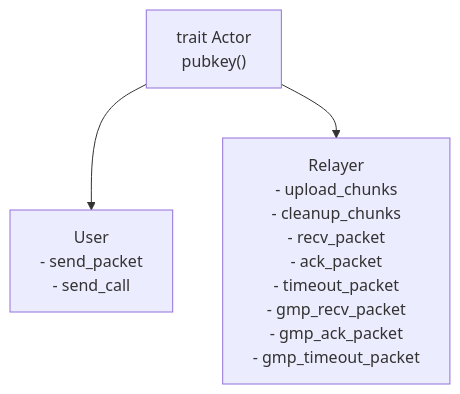
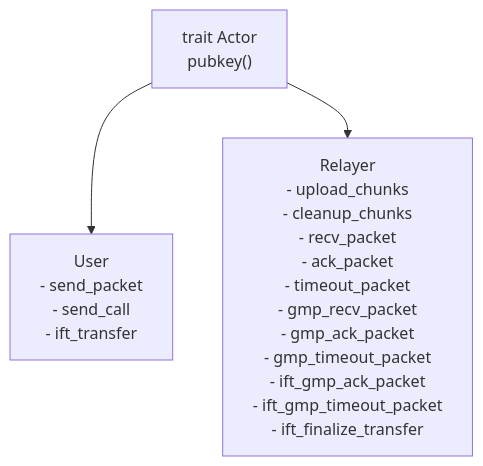
One commit to cosmos/solidity-ibc-eureka changed the third of 8 diagrams in programs/solana/integration-tests/README.md. Above: the diagram before and after it, drawn with Mermaid. The commit also changed other lines of this file and 15 other files, not shown here.

````diff
--- a/programs/solana/integration-tests/README.md
+++ b/programs/solana/integration-tests/README.md
@@ -103,9 +105,9 @@
 ```mermaid
 graph TB
     Actor["trait Actor\npubkey()"]
-    User["User\n- send_packet\n- send_call"]
-    Relayer["Relayer\n- upload_chunks\n- cleanup_chunks\n- recv_packet\n- ack_packet\n- timeout_packet\n- gmp_recv_packet\n- gmp_ack_packet\n- gmp_timeout_packet"]
+    User["User\n- send_packet\n- send_call\n- ift_transfer"]
+    Relayer["Relayer\n- upload_chunks\n- cleanup_chunks\n- recv_packet\n- ack_packet\n- timeout_packet\n- gmp_recv_packet\n- gmp_ack_packet\n- gmp_timeout_packet\n- ift_gmp_ack_packet\n- ift_gmp_timeout_packet\n- ift_finalize_transfer"]
 
     Actor --> User
     Actor --> Relayer
 ```
````
